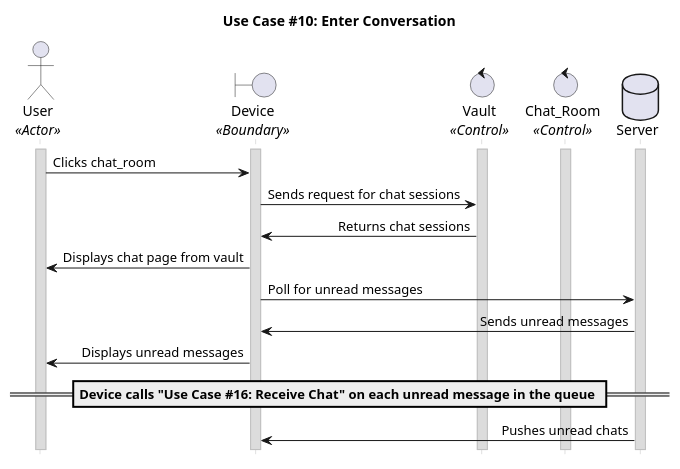
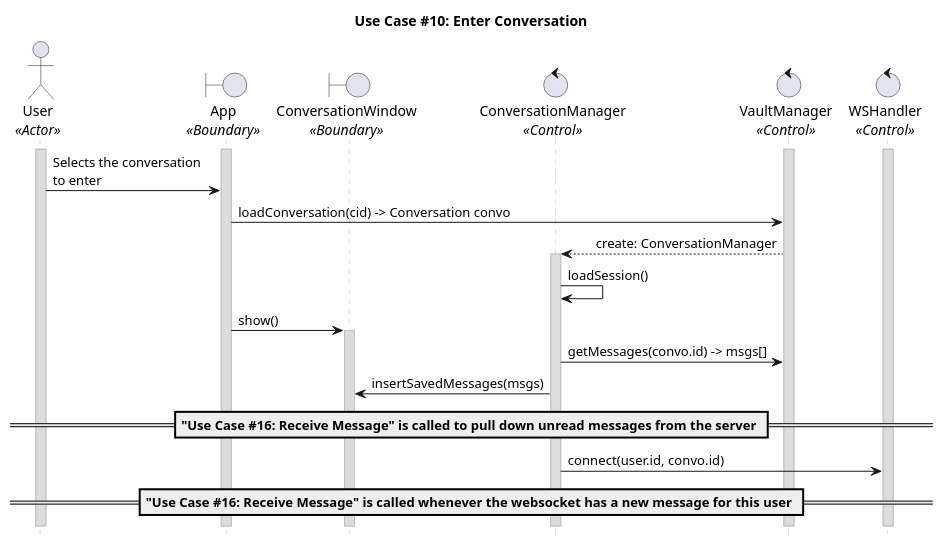
One commit to CECS-491-SP24-Group-1/seq-diagrams changed the diagram in uc_10.puml. Above: the diagram before and after it, drawn with PlantUML.

Commit message:
Finish uc10

```diff
--- a/uc_10.puml
+++ b/uc_10.puml
@@ -2,41 +1,52 @@
 @startuml uc10
 title "Use Case #10: Enter Conversation"
 
 'Styling goes here
 hide footbox
 skinparam stereotypePosition bottom
 skinparam sequenceMessageAlign direction
 skinparam sequence {
 	LifeLineBorderColor #Silver
 	LifeLineBackgroundColor #Gainsboro
 }
 
 'Setup the objects involved here
-Actor User as User <<Actor>>
-boundary Device as Device <<Boundary>>
-control Vault as Vault <<Control>>
-control Chat_Room as Chat_Room<<Control>>
-database Server
+Actor User as u <<Actor>>
+boundary App as a <<Boundary>>
+boundary ConversationWindow as cw <<Boundary>>
+control ConversationManager as cm <<Control>>
+control VaultManager as vm <<Control>>
+control WSHandler as ws <<Control>>
+
 'Setup persistent objects here
-activate User
-activate Device 
-activate Vault
-activate Chat_Room
-activate Server
+activate u
+activate a
+activate vm
+activate ws
+
 '--- FLOW OF CONTROL STARTS HERE ---
+'User clicks on chat to load.
+u -> a: Selects the conversation \nto enter
 
-User -> Device : Clicks chat_room
-Device -> Vault : Sends request for chat sessions
-Vault -> Device : Returns chat sessions
-Device -> User:  Displays chat page from vault
-Device -> Server: Poll for unread messages
-Server -> Device: Sends unread messages
-Device -> User: Displays unread messages
+'User’s device loads the chat session from their vault.
+a -> vm: loadConversation(cid) -> Conversation convo
+vm --> cm: create: ConversationManager
+activate cm
+cm -> cm: loadSession()
 
-== Device calls "Use Case #16: Receive Chat" on each unread message in the queue ==
-Server -> Device: Pushes unread chats
+'User’s device displays the chat page.
+a -> cw: show()
+activate cw
 
+'User’s device restores saved chats from the vault.
+cm -> vm: getMessages(convo.id) -> msgs[]
+cm -> cw: insertSavedMessages(msgs)
 
+== "Use Case #16: Receive Message" is called to pull down unread messages from the server ==
+
+cm -> ws: connect(user.id, convo.id)
+
+== "Use Case #16: Receive Message" is called whenever the websocket has a new message for this user ==
 '--- FLOW OF CONTROL ENDS HERE   ---
 
 @enduml
```
